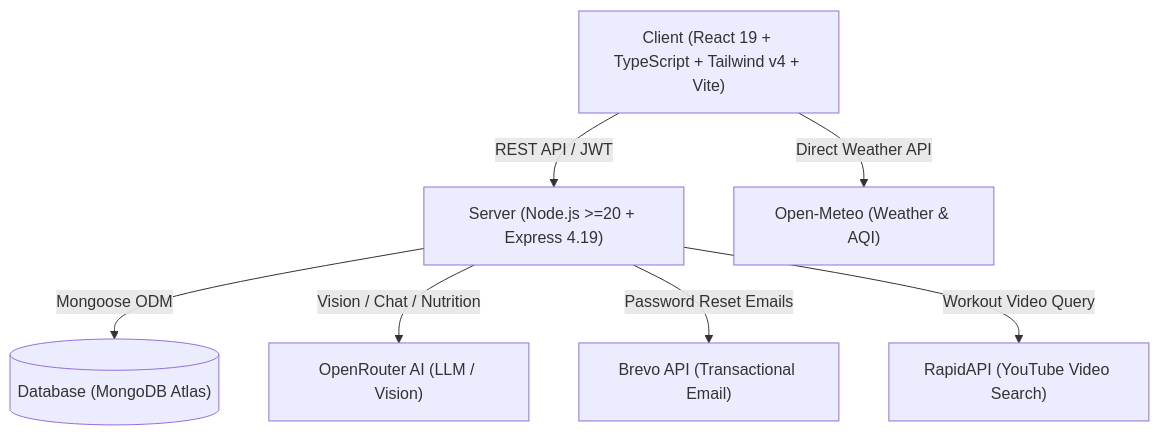
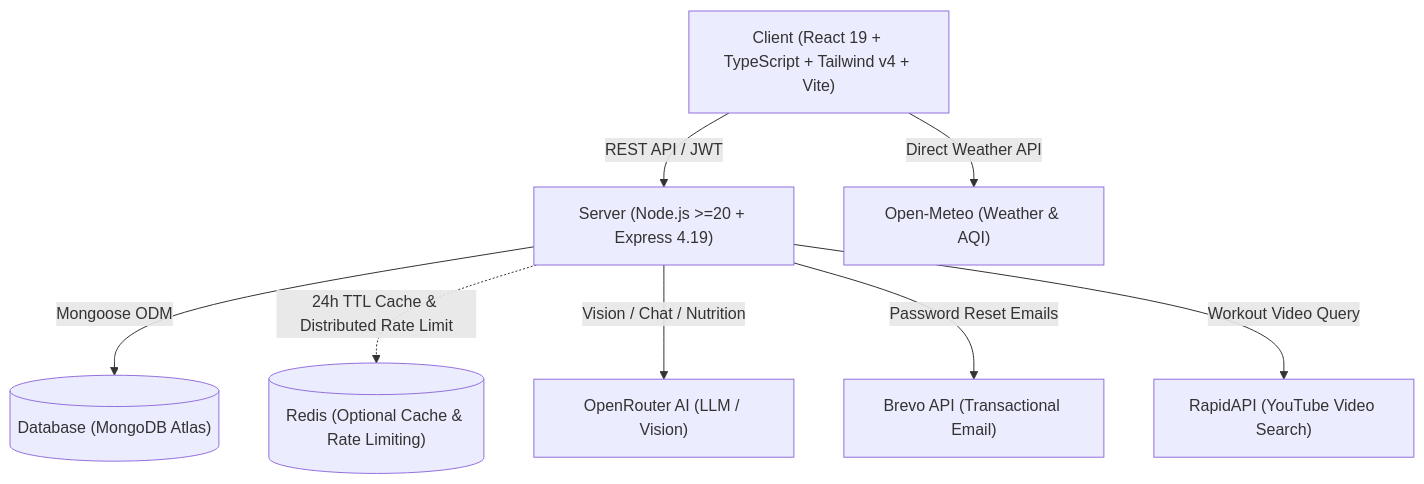
Before and after one commit to Jashan-randhawa/AI-FitnessTracker1: the diagram in README.md, drawn with Mermaid. The commit also changed other lines of this file, not shown here.

Commit message:
docs: update README v2.5.0 with workout studio audit, workout plans API, live tracker, and Redis caching

````diff
--- a/README.md
+++ b/README.md
@@ -170,17 +182,19 @@
 ```mermaid
 graph TD
     Client["Client (React 19 + TypeScript + Tailwind v4 + Vite)"]
     Server["Server (Node.js >=20 + Express 4.19)"]
     DB[("Database (MongoDB Atlas)")]
+    Redis[("Redis (Optional Cache & Rate Limiting)")]
     OpenRouter["OpenRouter AI (LLM / Vision)"]
     OpenMeteo["Open-Meteo (Weather & AQI)"]
     Brevo["Brevo API (Transactional Email)"]
     YouTube["RapidAPI (YouTube Video Search)"]
 
     Client -->|REST API / JWT| Server
     Client -->|Direct Weather API| OpenMeteo
     Server -->|Mongoose ODM| DB
+    Server -.->|24h TTL Cache & Distributed Rate Limit| Redis
     Server -->|Vision / Chat / Nutrition| OpenRouter
     Server -->|Password Reset Emails| Brevo
     Server -->|Workout Video Query| YouTube
 ```
````
